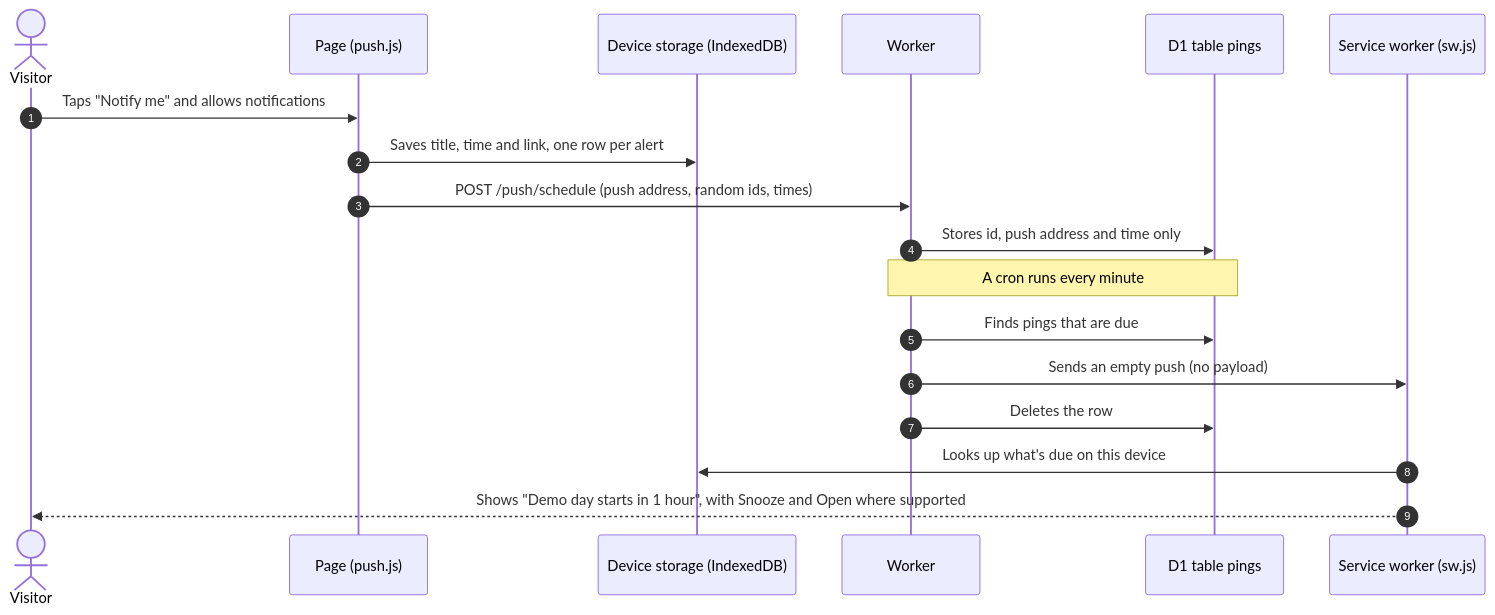
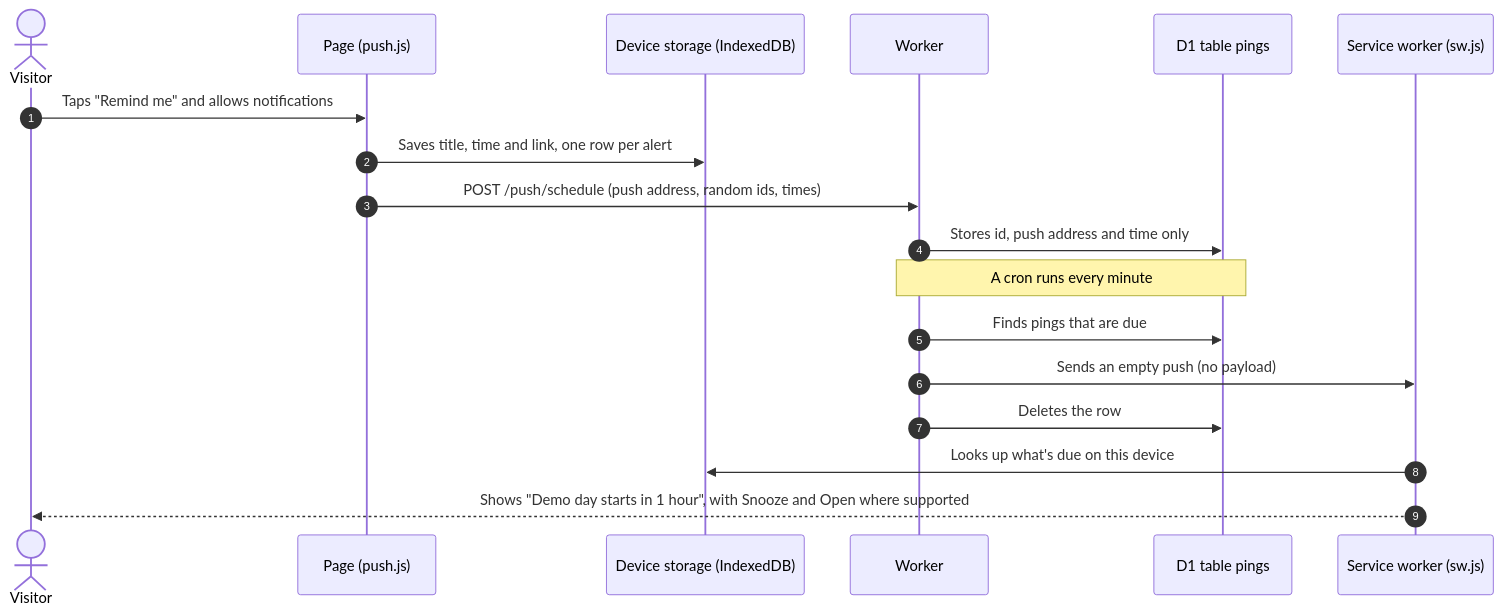
Before and after one commit to Remmynd/remmynd: the second of 4 diagrams in docs/ARCHITECTURE.md, drawn with Mermaid. The commit also changed other lines of this file and 63 other files, not shown here.

````diff
--- a/docs/ARCHITECTURE.md
+++ b/docs/ARCHITECTURE.md
@@ -65,21 +79,21 @@
 ```mermaid
 sequenceDiagram
     autonumber
     actor V as Visitor
     participant P as Page (push.js)
     participant D as Device storage (IndexedDB)
     participant E as Worker
     participant DB as D1 table pings
     participant S as Service worker (sw.js)
 
-    V->>P: Taps "Notify me" and allows notifications
+    V->>P: Taps "Remind me" and allows notifications
     P->>D: Saves title, time and link, one row per alert
     P->>E: POST /push/schedule (push address, random ids, times)
     E->>DB: Stores id, push address and time only
     Note over E,DB: A cron runs every minute
     E->>DB: Finds pings that are due
     E->>S: Sends an empty push (no payload)
     E->>DB: Deletes the row
     S->>D: Looks up what's due on this device
     S-->>V: Shows "Demo day starts in 1 hour", with Snooze and Open where supported
 ```
````
